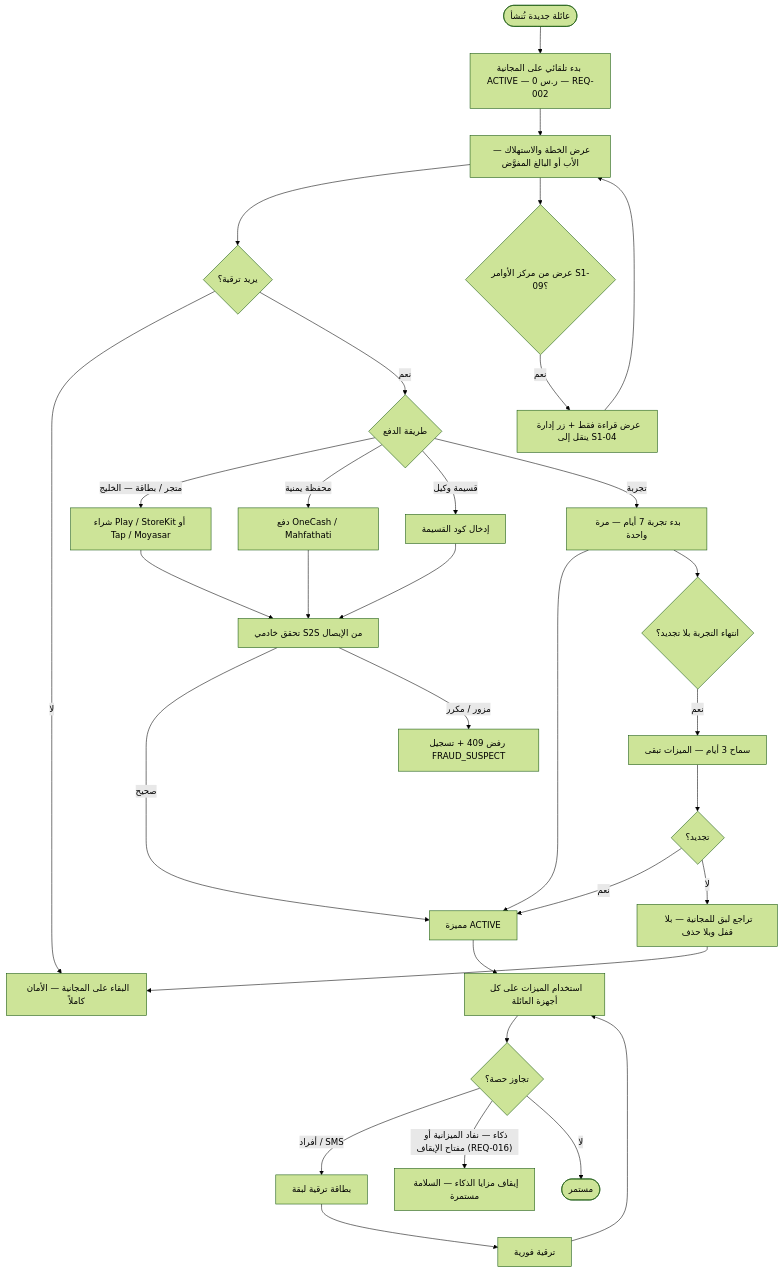
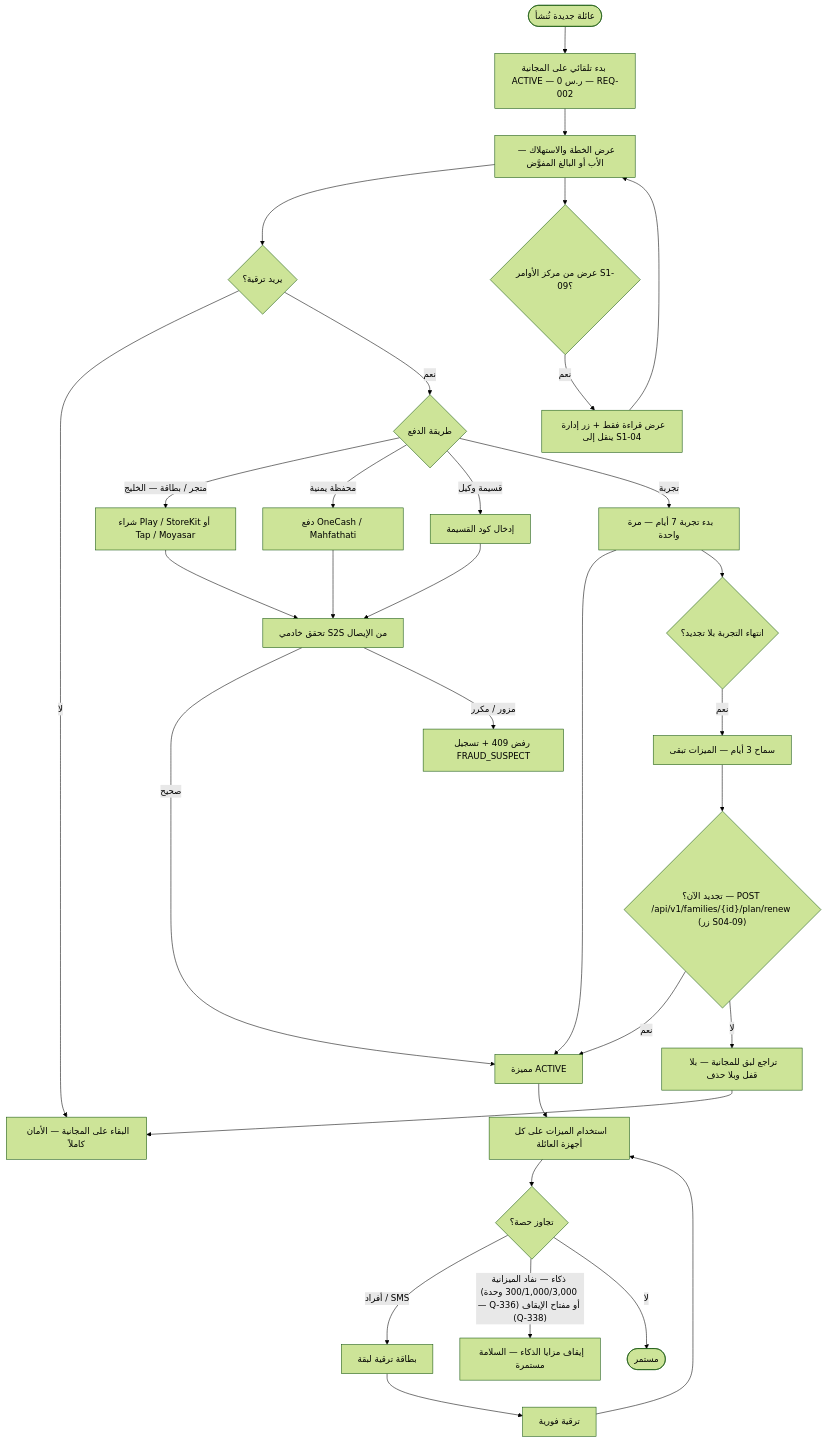
Diagram 12 of 14 in docs/family-os/governance/phases/phase-1/S1-04-plans-and-subscriptions/DIAGRAMS.md (Bassam-mohammed-alqaeadi/family-os-v2), drawn with Mermaid (forest theme) before and after one commit. The commit also changed other lines of this file, not shown here.

Commit message:
S1-04 DIAGRAMS: إصلاحات D-2 — أسعار اليمن D-11 (Q-341/Q-342) + تعبئة 5.99/250 (Q-339/Q-340)؛ ميزانيات الذكاء D-10 + سقف $200 + مفتاح إيقاف المسؤول 3-ط (Q-335…Q-338)؛ وسم REQ-019؛ خطوة التجديد plan/renew في 3-د/§4؛ رسم نقاط §4 النثرية كحواف؛ ترويسة (إزالة تكرار Q-260)

````diff
--- a/docs/family-os/governance/phases/phase-1/S1-04-plans-and-subscriptions/DIAGRAMS.md
+++ b/docs/family-os/governance/phases/phase-1/S1-04-plans-and-subscriptions/DIAGRAMS.md
@@ -446,34 +469,34 @@
 ```mermaid
 flowchart TD
     Start([عائلة جديدة تُنشأ]) --> Free[بدء تلقائي على المجانية ACTIVE — 0 ر.س — REQ-002]
     Free --> View[عرض الخطة والاستهلاك — الأب أو البالغ المفوَّض]
     View --> Choice{يريد ترقية؟}
     Choice -->|لا| Stay[البقاء على المجانية — الأمان كاملاً]
     Choice -->|نعم| Channel{طريقة الدفع}
     Channel -->|متجر / بطاقة — الخليج| Store[شراء Play / StoreKit أو Tap / Moyasar]
     Channel -->|محفظة يمنية| Wallet[دفع OneCash / Mahfathati]
     Channel -->|قسيمة وكيل| Voucher[إدخال كود القسيمة]
     Channel -->|تجربة| Trial[بدء تجربة 7 أيام — مرة واحدة]
     Store --> Verify[تحقق خادمي S2S من الإيصال]
     Wallet --> Verify
     Voucher --> Verify
     Trial --> Active[مميزة ACTIVE]
     Verify -->|صحيح| Active
     Verify -->|مزور / مكرر| Reject[رفض 409 + تسجيل FRAUD_SUSPECT]
     Active --> Use[استخدام الميزات على كل أجهزة العائلة]
     Use --> Quota{تجاوز حصة؟}
     Quota -->|أفراد / SMS| Card[بطاقة ترقية لبقة]
-    Quota -->|"ذكاء — نفاد الميزانية أو مفتاح الإيقاف (REQ-016)"| AIOff[إيقاف مزايا الذكاء — السلامة مستمرة]
+    Quota -->|"ذكاء — نفاد الميزانية (300/1,000/3,000 وحدة — Q-336) أو مفتاح الإيقاف (Q-338)"| AIOff[إيقاف مزايا الذكاء — السلامة مستمرة]
     Card --> Upgrade[ترقية فورية]
     Upgrade --> Use
     Quota -->|لا| End1([مستمر])
     Trial --> Expire{انتهاء التجربة بلا تجديد؟}
     Expire -->|نعم| Grace[سماح 3 أيام — الميزات تبقى]
-    Grace --> Renew{تجديد؟}
+    Grace --> Renew{"تجديد الآن؟ — POST /api/v1/families/{id}/plan/renew (زر S04-09)"}
     Renew -->|نعم| Active
     Renew -->|لا| Down[تراجع لبق للمجانية — بلا قفل وبلا حذف]
     Down --> Stay
     View --> Hub{عرض من مركز الأوامر S1-09؟}
     Hub -->|نعم| ReadOnly[عرض قراءة فقط + زر إدارة ينقل إلى S1-04]
     ReadOnly --> View
 ```
````
